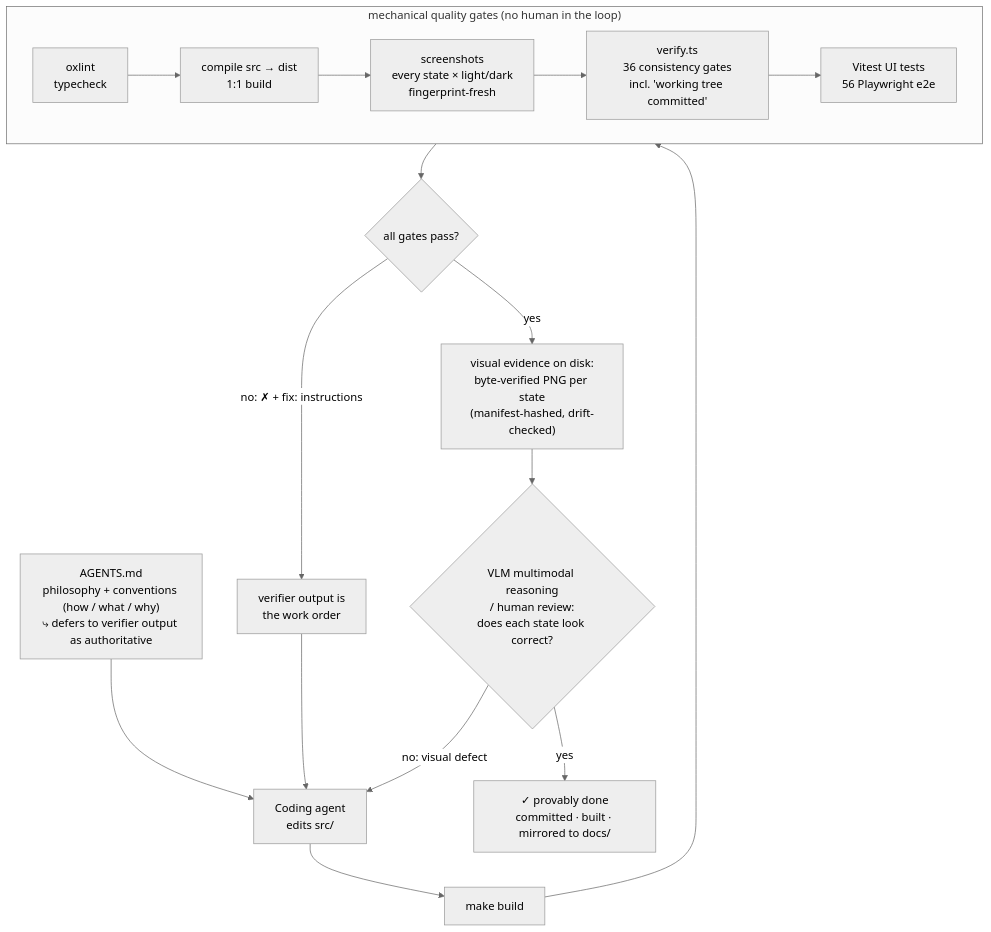
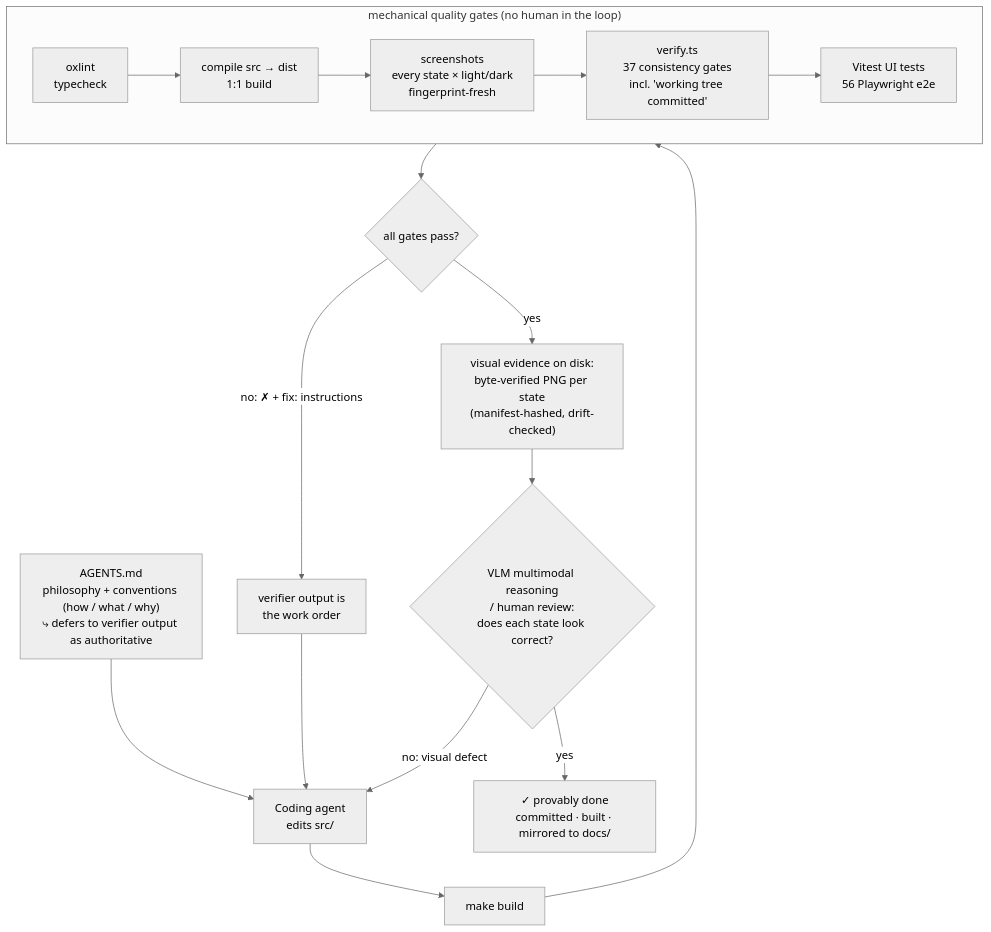
One commit to Mansi1/defuss-shadcn changed the diagram in ARCH.md. Above: the diagram before and after it, drawn with Mermaid (neutral theme). The commit also changed other lines of this file and 220 other files, not shown here.

````diff
--- a/ARCH.md
+++ b/ARCH.md
@@ -101,19 +101,19 @@
 ```mermaid
 flowchart TD
     A["AGENTS.md<br/>philosophy + conventions (how / what / why)<br/>⤷ defers to verifier output as authoritative"] --> B["Coding agent<br/>edits src/"]
 
     B --> C["make build"]
     subgraph GATES["mechanical quality gates (no human in the loop)"]
         direction LR
-        L["oxlint<br/>typecheck"] --> P["compile src → dist<br/>1:1 build"] --> SS["screenshots<br/>every state × light/dark<br/>fingerprint-fresh"] --> V["verify.ts<br/>36 consistency gates<br/>incl. 'working tree committed'"] --> Q["Vitest UI tests<br/>56 Playwright e2e"]
+        L["oxlint<br/>typecheck"] --> P["compile src → dist<br/>1:1 build"] --> SS["screenshots<br/>every state × light/dark<br/>fingerprint-fresh"] --> V["verify.ts<br/>37 consistency gates<br/>incl. 'working tree committed'"] --> Q["Vitest UI tests<br/>56 Playwright e2e"]
     end
     C --> GATES
 
     Q --> W{"all gates pass?"}
     W -- "no: ✗ + fix: instructions" --> X["verifier output is<br/>the work order"] --> B
 
     W -- "yes" --> E["visual evidence on disk:<br/>byte-verified PNG per state<br/>(manifest-hashed, drift-checked)"]
     E --> M{"VLM multimodal reasoning<br/>/ human review:<br/>does each state look correct?"}
     M -- "no: visual defect" --> B
     M -- yes --> G["✓ provably done<br/>committed · built · mirrored to docs/"]
 ```
````
